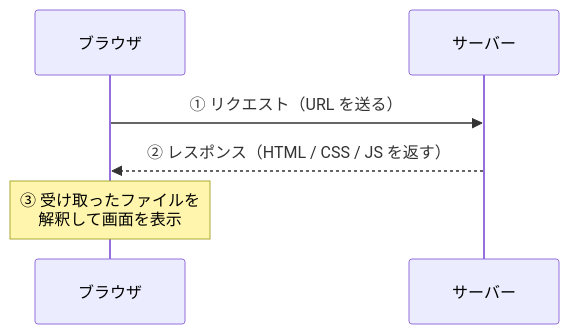
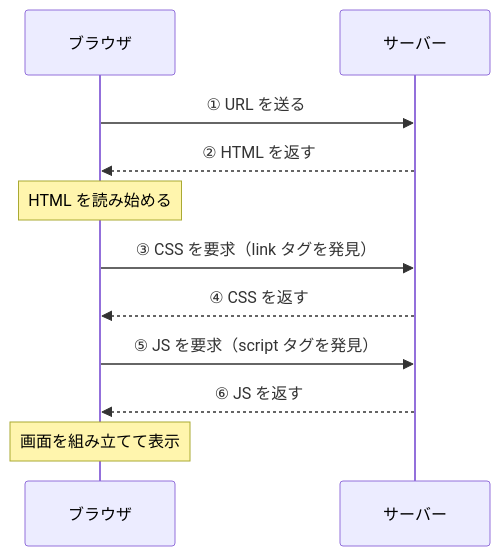
The diagram in docs/lessons/day01/index.md (ozaki25/web-front-training-ozaki25), drawn with Mermaid before and after one commit. The commit also changed other lines of this file, not shown here.

Commit message:
Day 1: HTML を起点に CSS/JS を追加取得する流れを説明
シーケンス図と説明文を修正し、HTML → CSS/JS の段階的な取得を明示。

https://claude.ai/code/session_017TX2V5LsJydcm6caDdhGPt

````diff
--- a/docs/lessons/day01/index.md
+++ b/docs/lessons/day01/index.md
@@ -13,8 +13,13 @@
 ```mermaid
 sequenceDiagram
     participant B as ブラウザ
     participant S as サーバー
-    B->>S: ① リクエスト（URL を送る）
-    S-->>B: ② レスポンス（HTML / CSS / JS を返す）
-    Note over B: ③ 受け取ったファイルを<br/>解釈して画面を表示
+    B->>S: ① URL を送る
+    S-->>B: ② HTML を返す
+    Note over B: HTML を読み始める
+    B->>S: ③ CSS を要求（link タグを発見）
+    S-->>B: ④ CSS を返す
+    B->>S: ⑤ JS を要求（script タグを発見）
+    S-->>B: ⑥ JS を返す
+    Note over B: 画面を組み立てて表示
 ```
````
